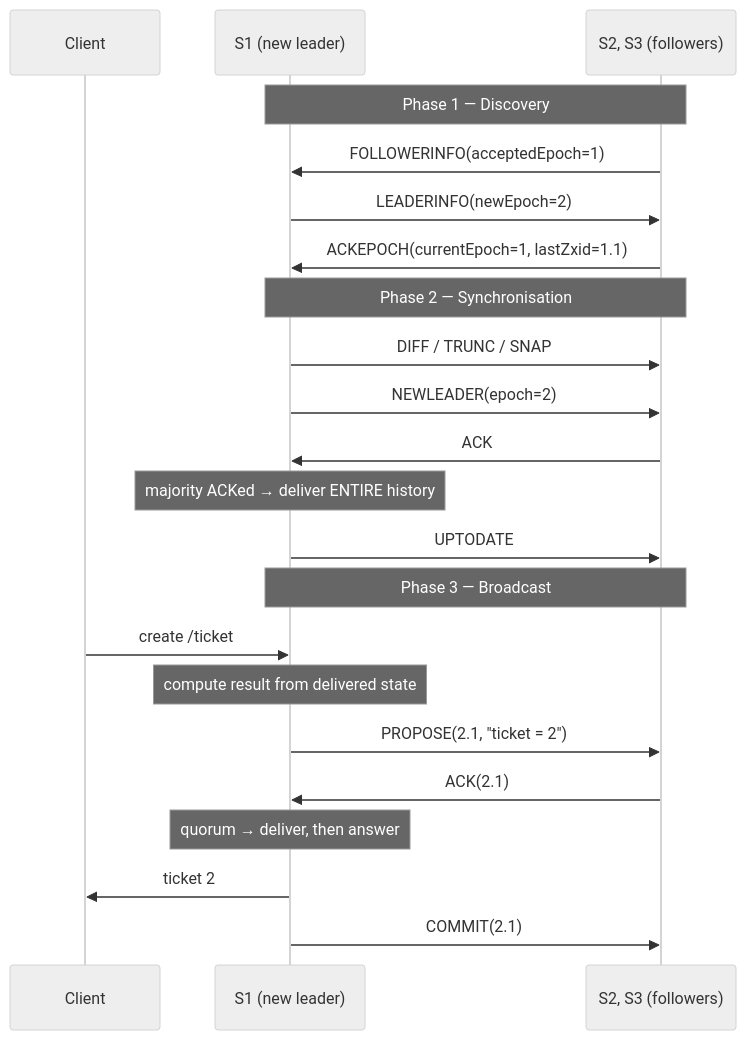
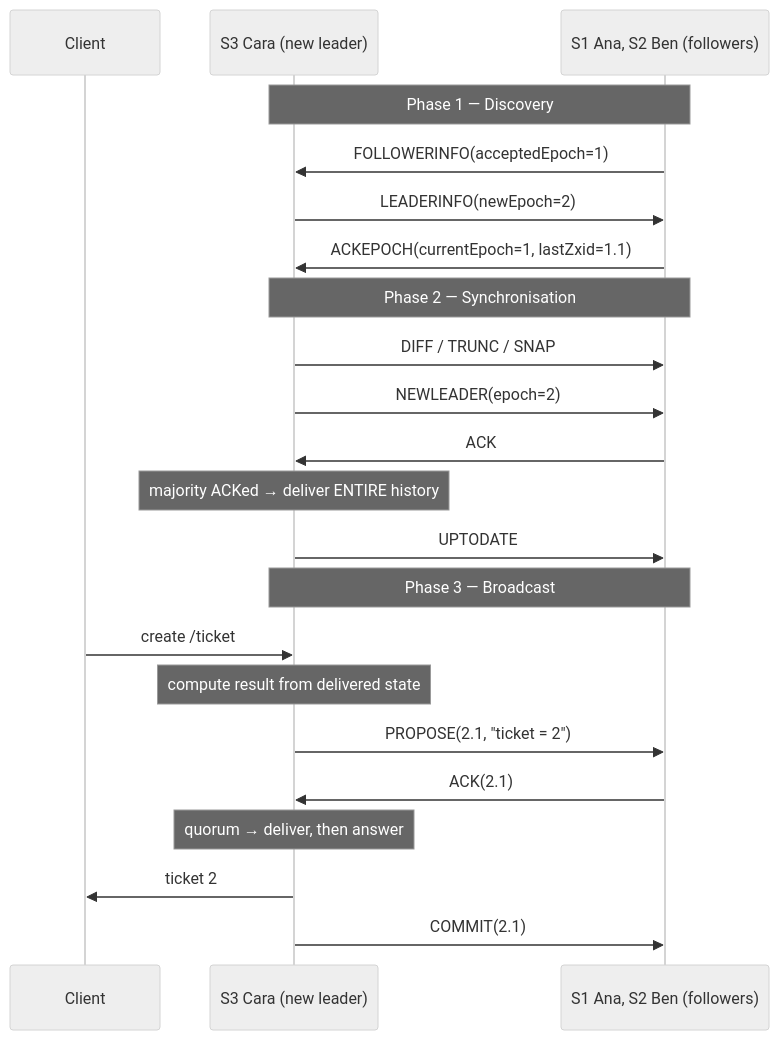
The second of 3 diagrams in 41-zab/README.md (ravivarmachaluvadi/Learning), drawn with Mermaid (neutral theme) before and after one commit. The commit also changed other lines of this file, not shown here.

````diff
--- a/41-zab/README.md
+++ b/41-zab/README.md
@@ -843,24 +1167,24 @@
 ```mermaid
 sequenceDiagram
     participant C as Client
-    participant L as S1 (new leader)
-    participant F as S2, S3 (followers)
+    participant L as S3 Cara (new leader)
+    participant F as S1 Ana, S2 Ben (followers)
     Note over L,F: Phase 1 — Discovery
     F->>L: FOLLOWERINFO(acceptedEpoch=1)
     L->>F: LEADERINFO(newEpoch=2)
     F->>L: ACKEPOCH(currentEpoch=1, lastZxid=1.1)
     Note over L,F: Phase 2 — Synchronisation
     L->>F: DIFF / TRUNC / SNAP
     L->>F: NEWLEADER(epoch=2)
     F->>L: ACK
     Note over L: majority ACKed → deliver ENTIRE history
     L->>F: UPTODATE
     Note over L,F: Phase 3 — Broadcast
     C->>L: create /ticket
     Note over L: compute result from delivered state
     L->>F: PROPOSE(2.1, "ticket = 2")
     F->>L: ACK(2.1)
     Note over L: quorum → deliver, then answer
     L->>C: ticket 2
     L->>F: COMMIT(2.1)
 ```
````
